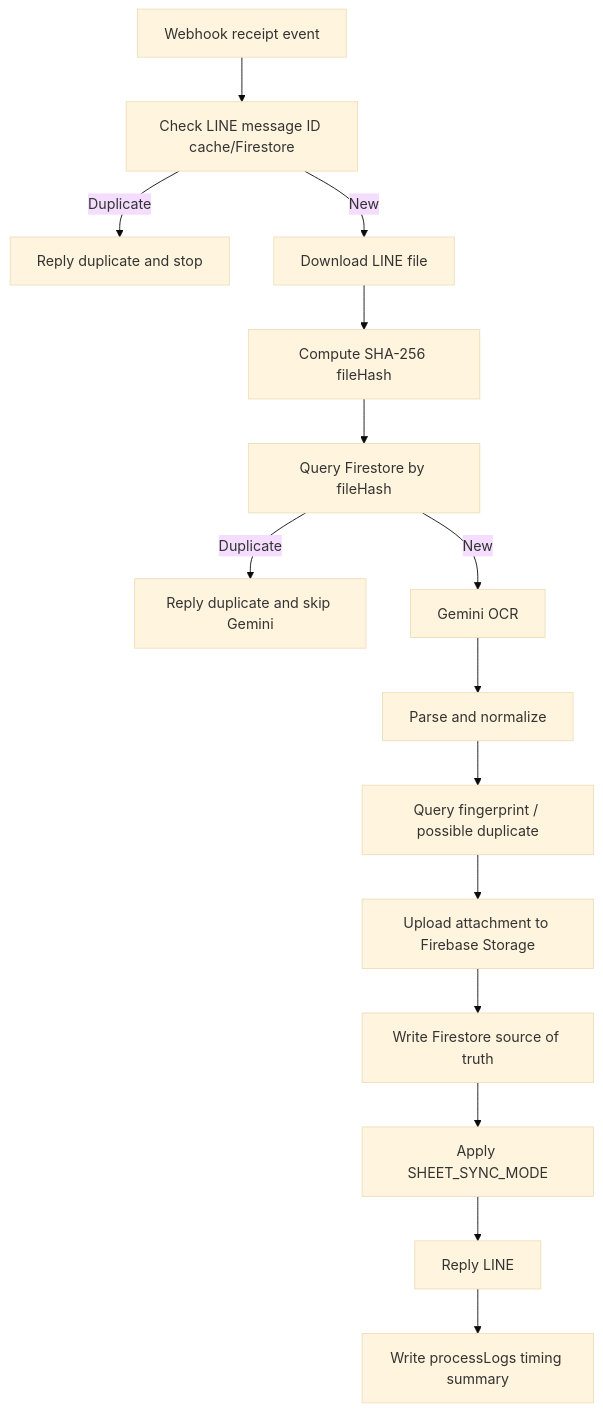
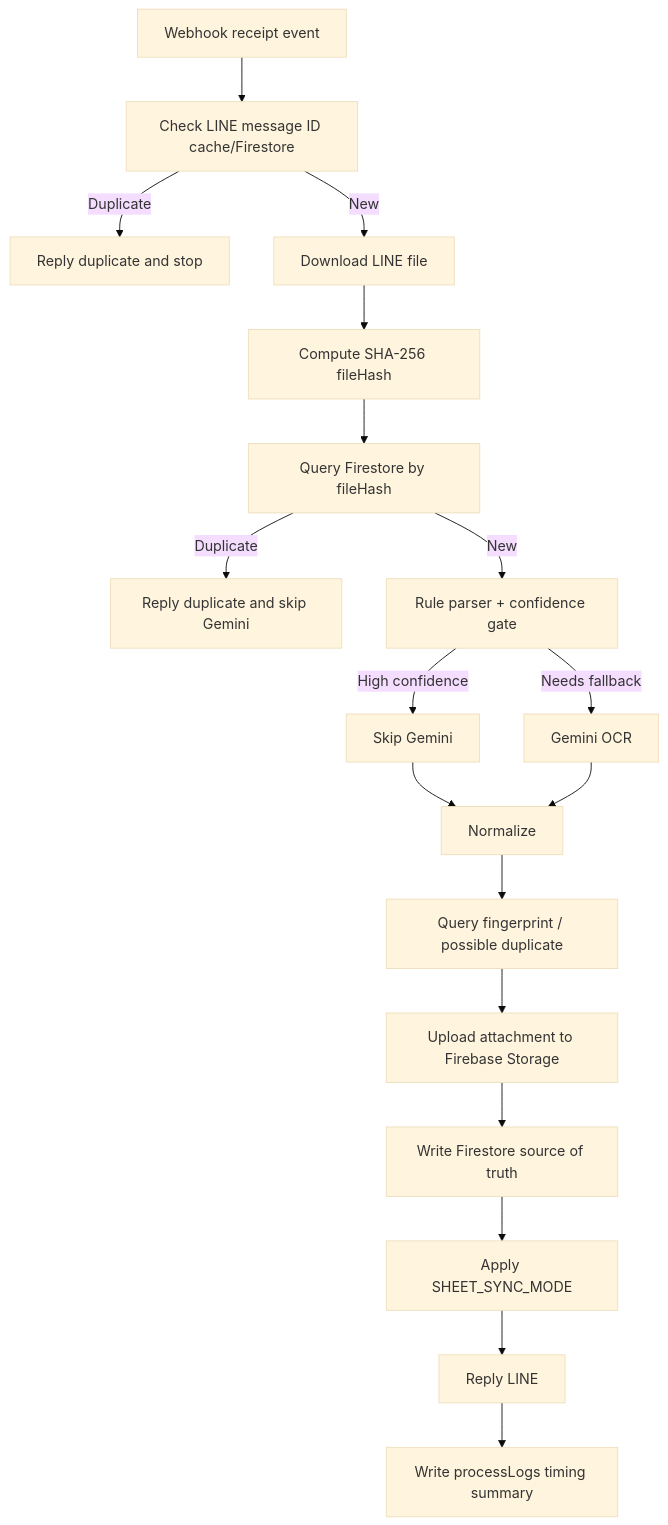
The fourth of 4 diagrams in docs/ARCHITECTURE.md (SatongLuvAom/line-finance-bot), drawn with Mermaid (base theme) before and after one commit. The commit also changed other lines of this file and 18 other files, not shown here.

````diff
--- a/docs/ARCHITECTURE.md
+++ b/docs/ARCHITECTURE.md
@@ -125,17 +146,20 @@
 ```mermaid
 flowchart TD
   A["Webhook receipt event"] --> B["Check LINE message ID cache/Firestore"]
   B -->|Duplicate| R1["Reply duplicate and stop"]
   B -->|New| C["Download LINE file"]
   C --> D["Compute SHA-256 fileHash"]
   D --> E["Query Firestore by fileHash"]
   E -->|Duplicate| R2["Reply duplicate and skip Gemini"]
-  E -->|New| F["Gemini OCR"]
-  F --> G["Parse and normalize"]
+  E -->|New| F["Rule parser + confidence gate"]
+  F -->|High confidence| G1["Skip Gemini"]
+  F -->|Needs fallback| G2["Gemini OCR"]
+  G1 --> G["Normalize"]
+  G2 --> G["Normalize"]
   G --> H["Query fingerprint / possible duplicate"]
   H --> I["Upload attachment to Firebase Storage"]
   I --> J["Write Firestore source of truth"]
   J --> K["Apply SHEET_SYNC_MODE"]
   K --> L["Reply LINE"]
   L --> M["Write processLogs timing summary"]
 ```
````
